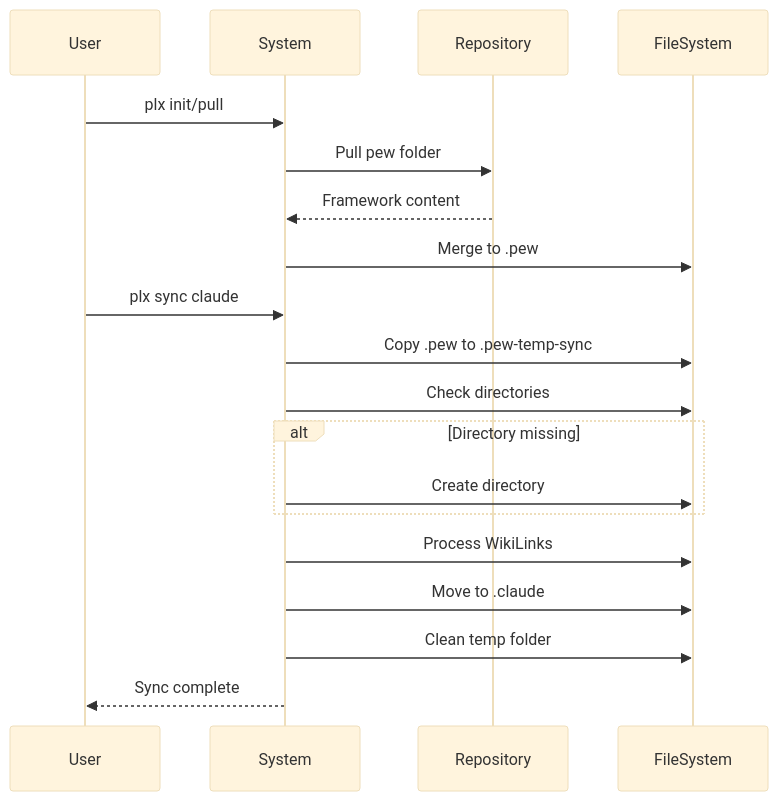
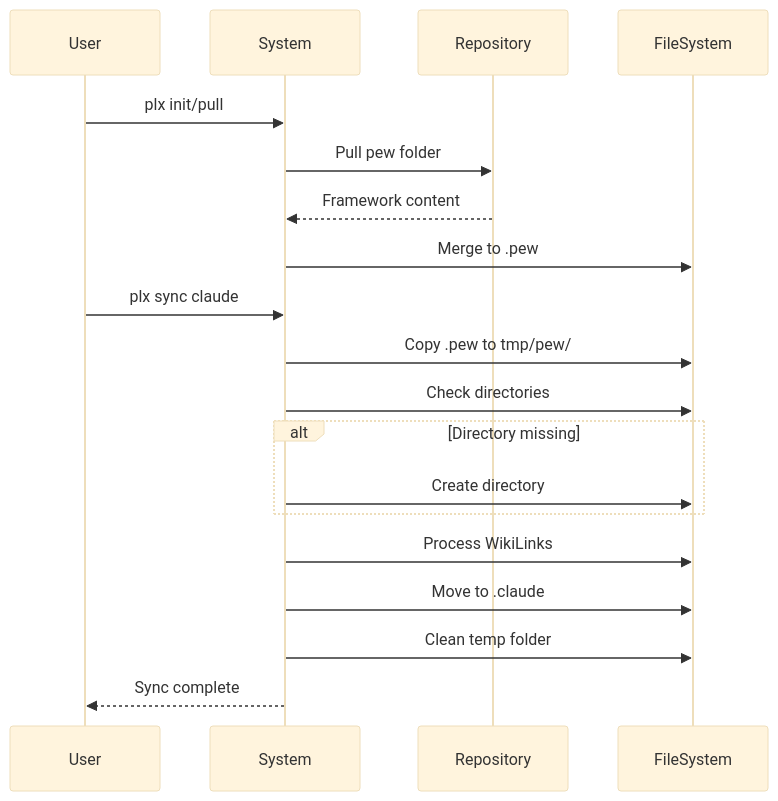
The first of 2 diagrams in chore-framework-folder-migration.md (its-brianwithai/pew-pew-plx), drawn with Mermaid (base theme) before and after one commit. The commit also changed other lines of this file and 321 other files, not shown here.

````diff
--- a/chore-framework-folder-migration.md
+++ b/chore-framework-folder-migration.md
@@ -57,23 +57,23 @@
 ```mermaid
 sequenceDiagram
     participant U as User
     participant S as System
     participant R as Repository
     participant FS as FileSystem
     
     U->>S: plx init/pull
     S->>R: Pull pew folder
     R-->>S: Framework content
     S->>FS: Merge to .pew
     
     U->>S: plx sync claude
-    S->>FS: Copy .pew to .pew-temp-sync
+    S->>FS: Copy .pew to tmp/pew/
     S->>FS: Check directories
     alt Directory missing
         S->>FS: Create directory
     end
     S->>FS: Process WikiLinks
     S->>FS: Move to .claude
     S->>FS: Clean temp folder
     S-->>U: Sync complete
 ```
````
